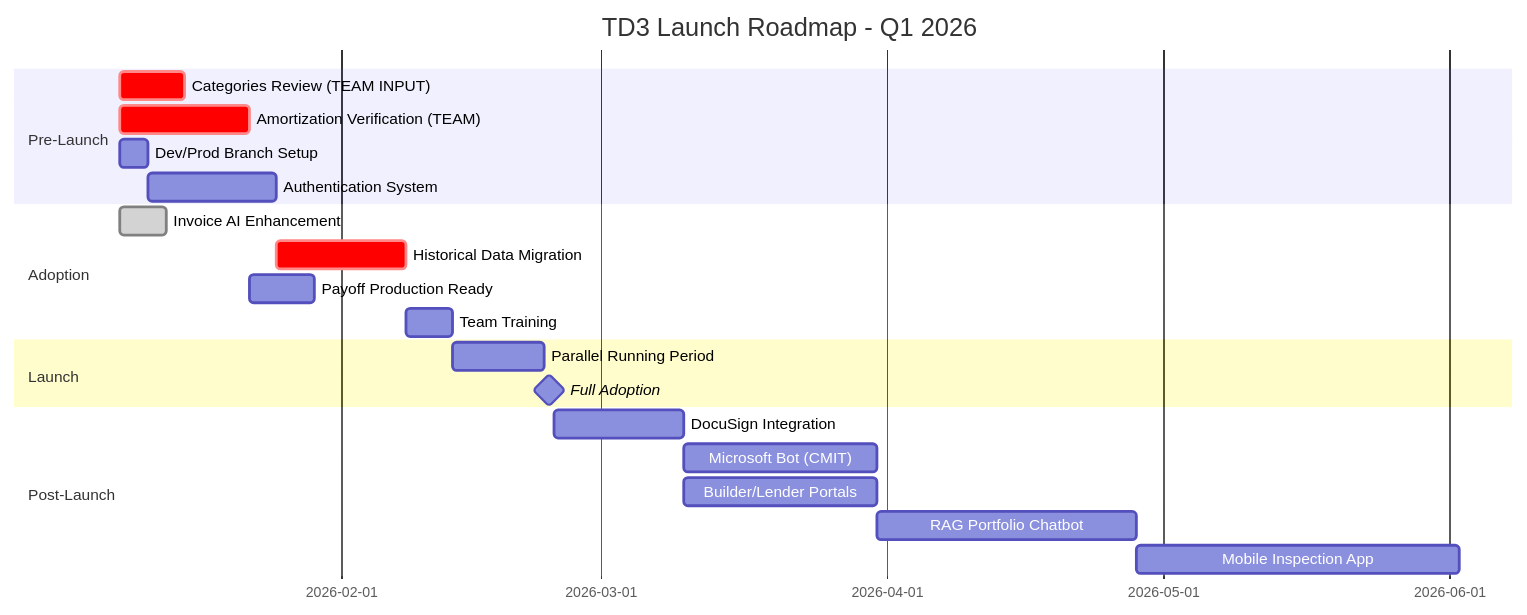
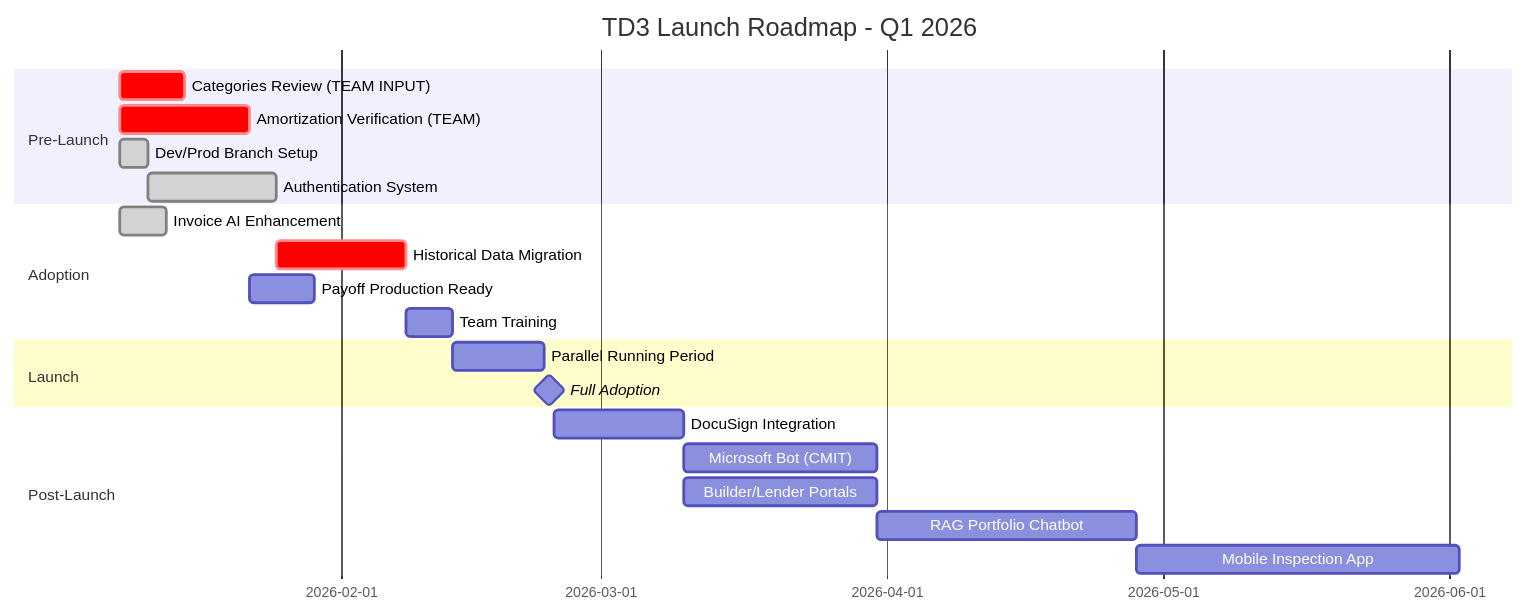
One commit to grysngrhm-tech/TD3 changed the first of 6 diagrams in docs/ROADMAP.md. Above: the diagram before and after it, drawn with Mermaid. The commit also changed other lines of this file and 17 other files, not shown here.

First line of the commit message:
Add authentication system with passwordless login and permissions

````diff
--- a/docs/ROADMAP.md
+++ b/docs/ROADMAP.md
@@ -107,28 +105,28 @@
 ```mermaid
 gantt
     title TD3 Launch Roadmap - Q1 2026
     dateFormat YYYY-MM-DD
-    
+
     section Pre-Launch
     Categories Review (TEAM INPUT)     :crit, cat, 2026-01-08, 7d
     Amortization Verification (TEAM)   :crit, amort, 2026-01-08, 14d
-    Dev/Prod Branch Setup              :branches, 2026-01-08, 3d
-    Authentication System              :auth, 2026-01-11, 14d
+    Dev/Prod Branch Setup              :done, branches, 2026-01-08, 3d
+    Authentication System              :done, auth, 2026-01-11, 14d
     
     section Adoption
     Invoice AI Enhancement             :done, invoice, 2026-01-08, 5d
     Historical Data Migration          :crit, migrate, 2026-01-25, 14d
     Payoff Production Ready            :payoff, 2026-01-22, 7d
     Team Training                      :training, 2026-02-08, 5d
     
     section Launch
     Parallel Running Period            :parallel, 2026-02-13, 10d
     Full Adoption                      :milestone, launch, 2026-02-23, 1d
     
     section Post-Launch
     DocuSign Integration               :docusign, 2026-02-24, 14d
     Microsoft Bot (CMIT)               :msbot, 2026-03-10, 21d
     Builder/Lender Portals             :portals, 2026-03-10, 21d
     RAG Portfolio Chatbot              :rag, 2026-03-31, 28d
     Mobile Inspection App              :mobile, 2026-04-28, 35d
 ```
````
